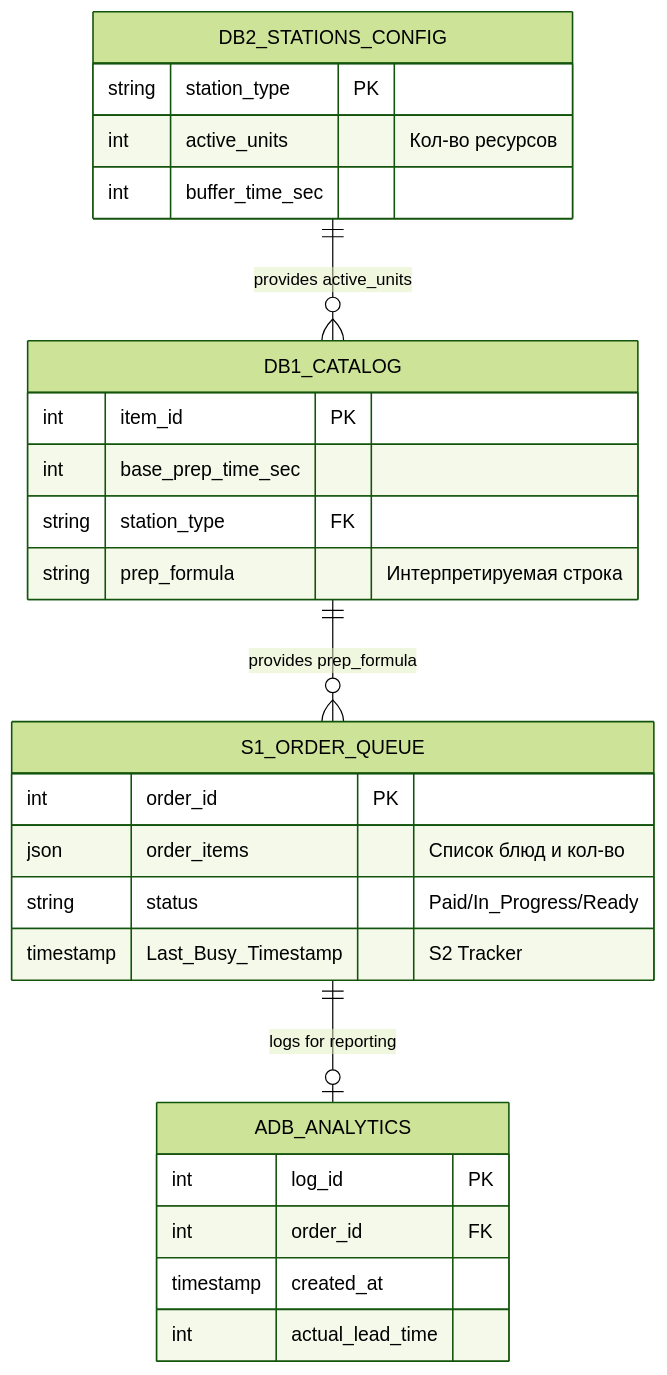
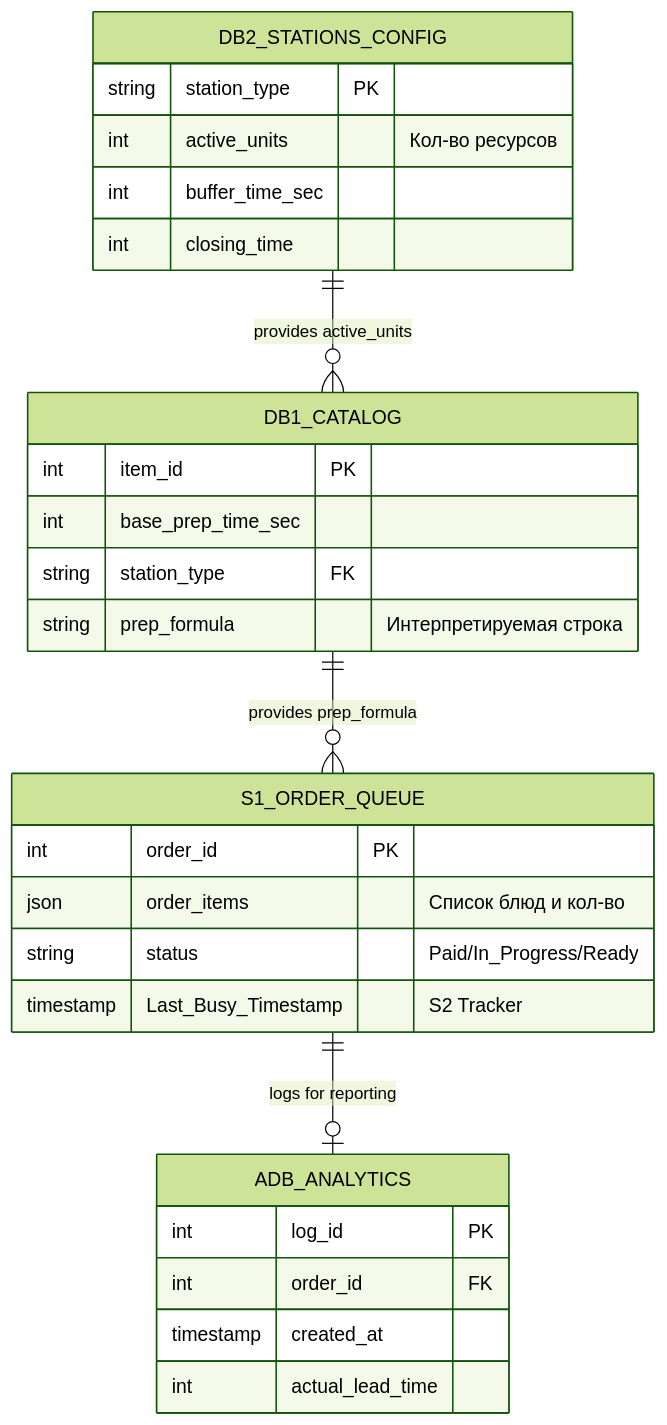
Before and after one commit to WGexe/KitchenSync: the third of 4 diagrams in docs/EPIC_01_Ordering.md, drawn with Mermaid (forest theme). The commit also changed other lines of this file and 1 other file, not shown here.

Commit message:
Manifold logic updates, add diagrams and BR 2.9

````diff
--- a/docs/EPIC_01_Ordering.md
+++ b/docs/EPIC_01_Ordering.md
@@ -144,38 +195,39 @@
 ```mermaid
 erDiagram
     %% Справочный контур
     DB1_CATALOG ||--o{ S1_ORDER_QUEUE : "provides prep_formula"
     DB2_STATIONS_CONFIG ||--o{ DB1_CATALOG : "provides active_units"
     S1_ORDER_QUEUE ||--o| ADB_ANALYTICS : "logs for reporting"
 
     DB1_CATALOG {
         int item_id PK
         int base_prep_time_sec
         string station_type FK
         string prep_formula "Интерпретируемая строка"
     }
 
     DB2_STATIONS_CONFIG {
         string station_type PK
         int active_units "Кол-во ресурсов"
         int buffer_time_sec
+        int closing_time
     }
 
     %% Операционный контур
     S1_ORDER_QUEUE {
         int order_id PK
         json order_items "Список блюд и кол-во"
         string status "Paid/In_Progress/Ready"
         timestamp Last_Busy_Timestamp "S2 Tracker"
     }
 
     %% Аналитика
     ADB_ANALYTICS {
         int log_id PK
         int order_id FK
         timestamp created_at
         int actual_lead_time
     }
 
 
 ```
````
